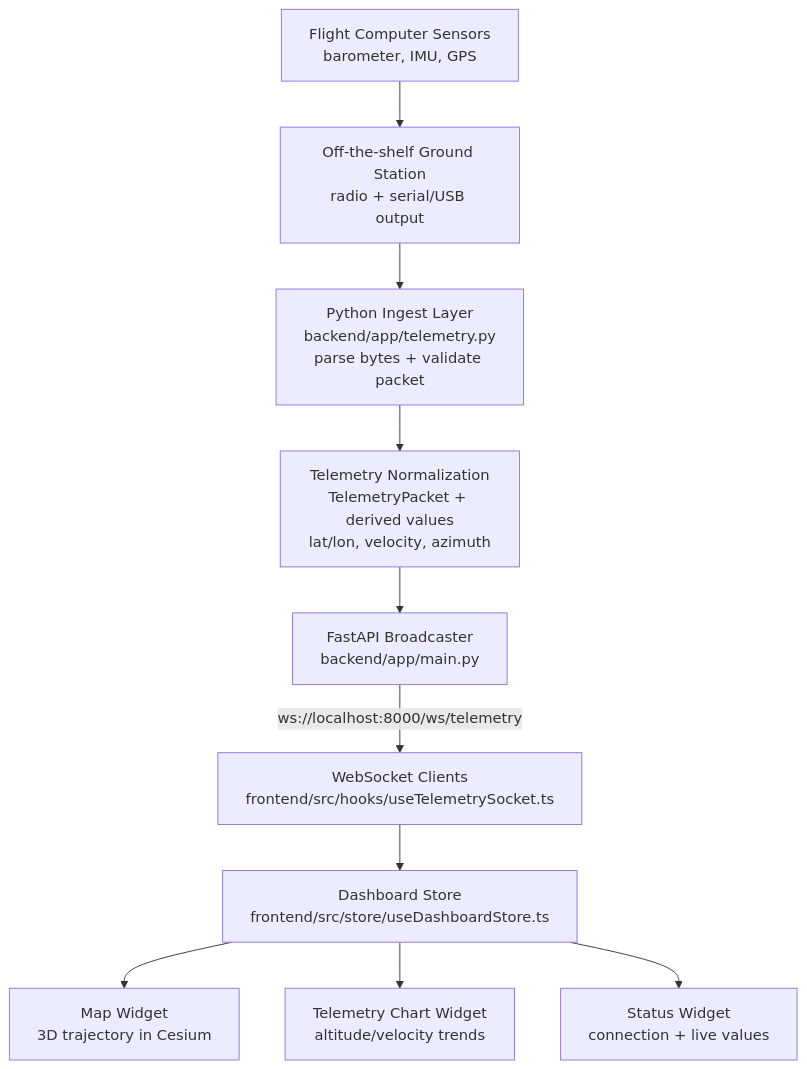
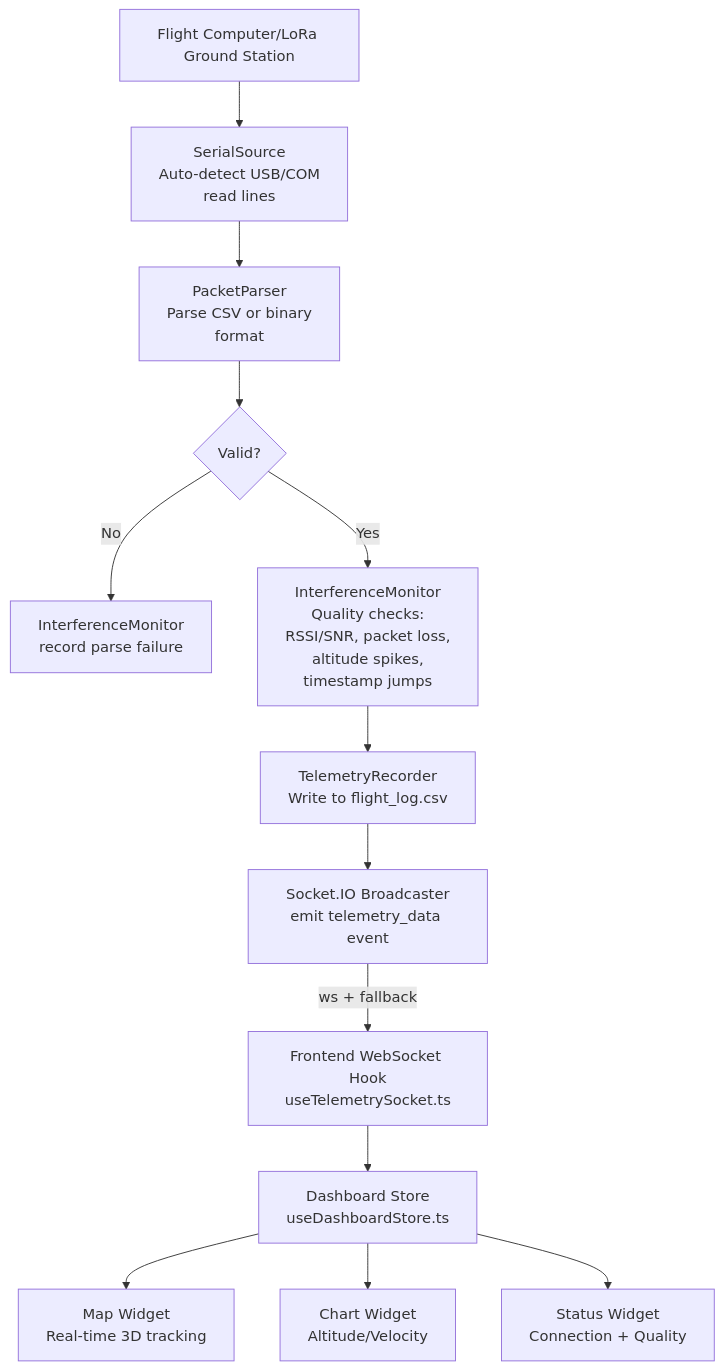
One commit to lehangajanayake/ARD changed the diagram in README.md. Above: the diagram before and after it, drawn with Mermaid. The commit also changed other lines of this file and 13 other files, not shown here.

Commit message:
updated the the python backend to work with everything

````diff
--- a/README.md
+++ b/README.md
@@ -49,12 +90,15 @@
 ```mermaid
 flowchart TD
-  A[Flight Computer Sensors<br/>barometer, IMU, GPS] --> B[Off-the-shelf Ground Station<br/>radio + serial/USB output]
-  B --> C[Python Ingest Layer<br/>backend/app/telemetry.py<br/>parse bytes + validate packet]
-  C --> D[Telemetry Normalization<br/>TelemetryPacket + derived values<br/>lat/lon, velocity, azimuth]
-  D --> E[FastAPI Broadcaster<br/>backend/app/main.py]
-  E -->|ws://localhost:8000/ws/telemetry| F[WebSocket Clients<br/>frontend/src/hooks/useTelemetrySocket.ts]
-  F --> G[Dashboard Store<br/>frontend/src/store/useDashboardStore.ts]
-  G --> H1[Map Widget<br/>3D trajectory in Cesium]
-  G --> H2[Telemetry Chart Widget<br/>altitude/velocity trends]
-  G --> H3[Status Widget<br/>connection + live values]
+  A[Flight Computer/LoRa Ground Station] --> B[SerialSource<br/>Auto-detect USB/COM<br/>read lines]
+  B --> C[PacketParser<br/>Parse CSV or binary<br/>format]
+  C --> D{Valid?}
+  D -->|No| E[InterferenceMonitor<br/>record parse failure]
+  D -->|Yes| F[InterferenceMonitor<br/>Quality checks:<br/>RSSI/SNR, packet loss,<br/>altitude spikes,<br/>timestamp jumps]
+  F --> G[TelemetryRecorder<br/>Write to flight_log.csv]
+  G --> H[Socket.IO Broadcaster<br/>emit telemetry_data event]
+  H -->|ws + fallback| I[Frontend WebSocket Hook<br/>useTelemetrySocket.ts]
+  I --> J[Dashboard Store<br/>useDashboardStore.ts]
+  J --> K1[Map Widget<br/>Real-time 3D tracking]
+  J --> K2[Chart Widget<br/>Altitude/Velocity]
+  J --> K3[Status Widget<br/>Connection + Quality]
 ```
````
